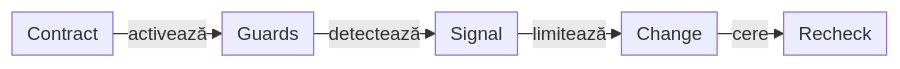
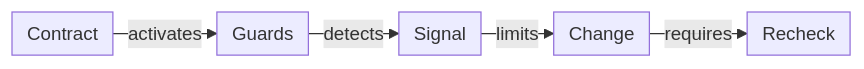
One commit to crististefanita/atf_j1 changed the tenth of 12 diagrams in docs/ATF_Architecture.md. Above: the diagram before and after it, drawn with Mermaid. The commit also changed other lines of this file and 83 other files, not shown here.

````diff
--- a/docs/ATF_Architecture.md
+++ b/docs/ATF_Architecture.md
@@ -692,8 +694,8 @@
 ```mermaid
 %%{init: {"themeVariables":{"fontSize":"15px"},"themeCSS":".nodeLabel, .nodeLabel p { font-size: 15px !important; line-height: 1.35 !important; } .edgeLabel, .edgeLabel p { font-size: 12px !important; font-weight: 400 !important; line-height: 1.2 !important; } .edgeLabel .labelBkg, .edgeLabel p { background: transparent !important; } .edgeLabel foreignObject { transform: translateY(-18px); overflow: visible; } .node rect { rx: 6px; ry: 6px; }","flowchart":{"curve":"linear","nodeSpacing":24,"rankSpacing":24,"padding":6,"diagramPadding":20}}}%%
 flowchart LR
-    Closed["Contract"] -->|activează| Guarded["Guards"]
-    Guarded -->|detectează| Trigger["Signal"]
-    Trigger -->|limitează| Scope["Change"]
-    Scope -->|cere| Recheck["Recheck"]
+    Closed["Contract"] -->|activates| Guarded["Guards"]
+    Guarded -->|detects| Trigger["Signal"]
+    Trigger -->|limits| Scope["Change"]
+    Scope -->|requires| Recheck["Recheck"]
 ```
````
